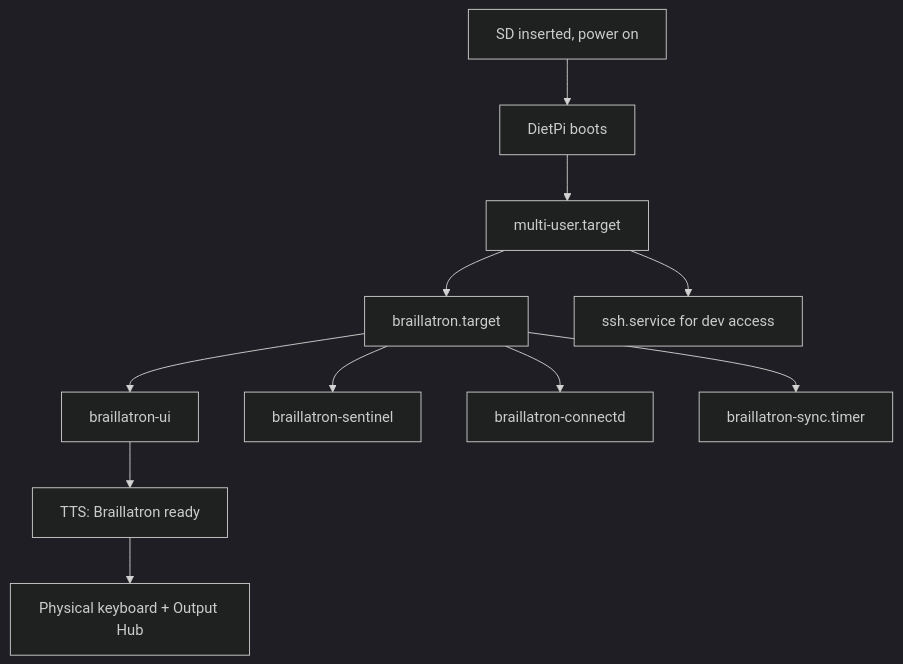
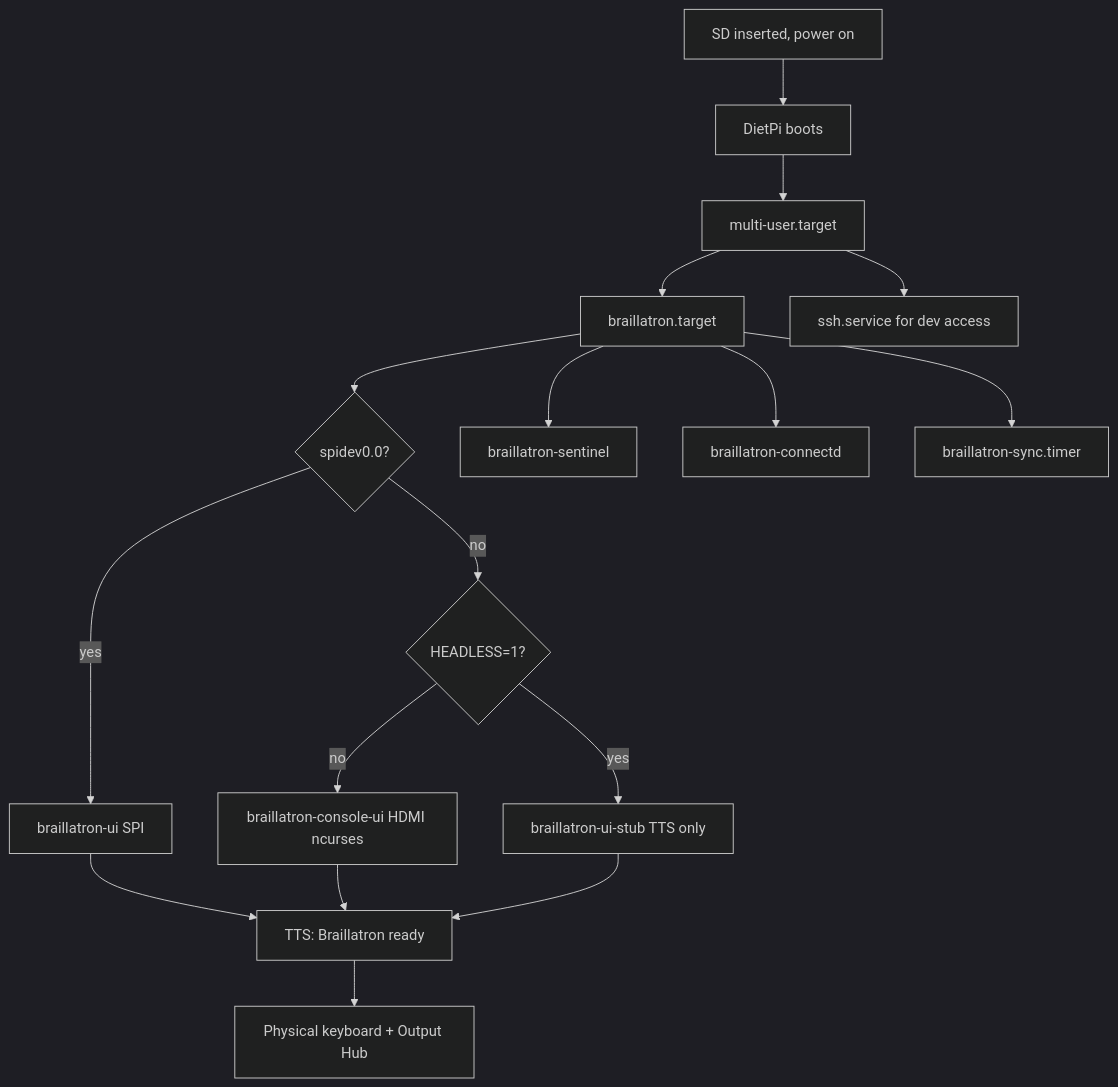
Before and after one commit to grahamthetvi/Graham-Braillatron: the diagram in mobile-braille-embosser/specs/Pi SD Image Software Build Guide.md, drawn with Mermaid (dark theme). The commit also changed other lines of this file and 10 other files, not shown here.

````diff
--- a/mobile-braille-embosser/specs/Pi SD Image Software Build Guide.md
+++ b/mobile-braille-embosser/specs/Pi SD Image Software Build Guide.md
@@ -523,13 +555,19 @@
 ```mermaid
 flowchart TD
     PowerOn[SD inserted, power on] --> DietPi[DietPi boots]
     DietPi --> MultiUser[multi-user.target]
     MultiUser --> Target[braillatron.target]
-    Target --> UI[braillatron-ui]
+    Target --> SpiCheck{spidev0.0?}
+    SpiCheck -->|yes| UI[braillatron-ui SPI]
+    SpiCheck -->|no| HeadlessCheck{HEADLESS=1?}
+    HeadlessCheck -->|no| ConsoleUI[braillatron-console-ui HDMI ncurses]
+    HeadlessCheck -->|yes| StubUI[braillatron-ui-stub TTS only]
     Target --> Sentinel[braillatron-sentinel]
     Target --> Connectd[braillatron-connectd]
     Target --> Timer[braillatron-sync.timer]
     UI --> Ready[TTS: Braillatron ready]
+    ConsoleUI --> Ready
+    StubUI --> Ready
     Ready --> Use[Physical keyboard + Output Hub]
     MultiUser --> SSH[ssh.service for dev access]
 ```
````
